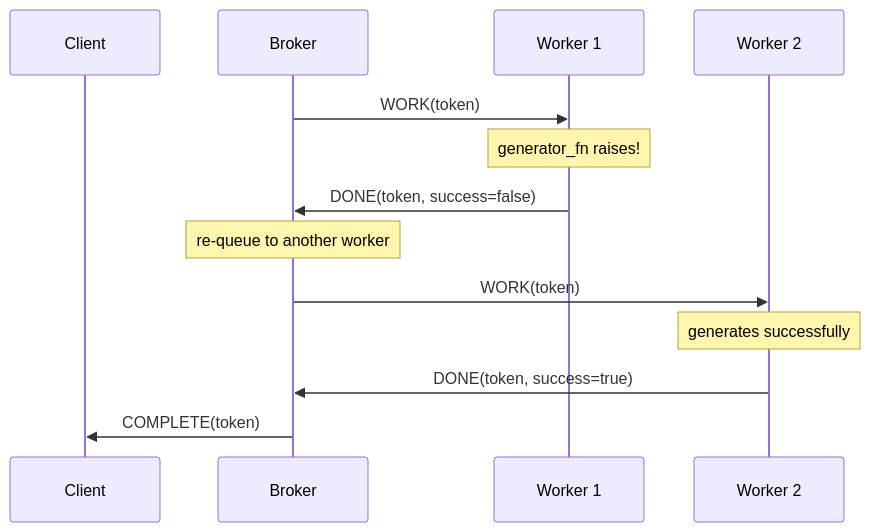
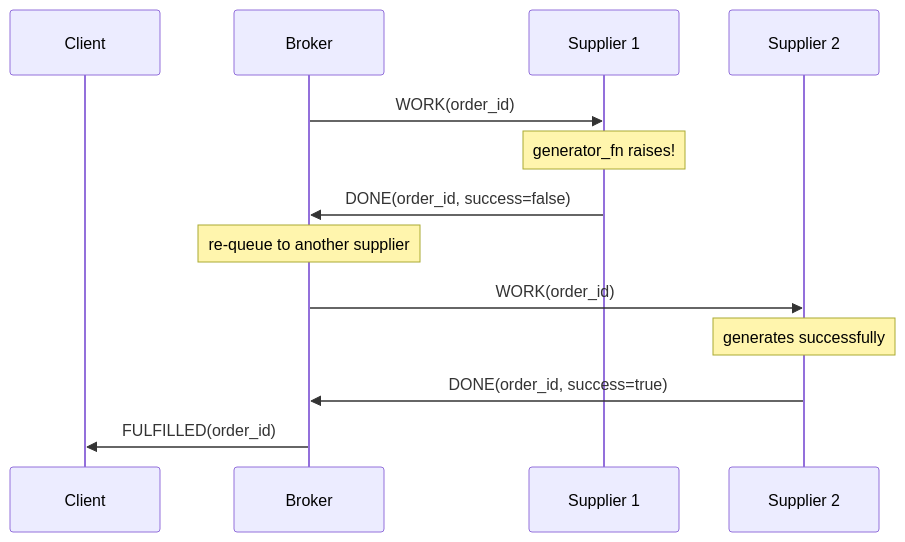
The fourth of 5 diagrams in docs/source/architecture.rst (ayghri/softs), drawn with Mermaid before and after one commit. The commit also changed other lines of this file and 191 other files, not shown here.

```diff
--- a/docs/source/architecture.rst
+++ b/docs/source/architecture.rst
@@ -101,16 +141,16 @@
 .. mermaid::
 
    sequenceDiagram
        participant C as Client
        participant B as Broker
-       participant W1 as Worker 1
-       participant W2 as Worker 2
+       participant S1 as Supplier 1
+       participant S2 as Supplier 2
 
-       B->>W1: WORK(token)
-       Note over W1: generator_fn raises!
-       W1->>B: DONE(token, success=false)
-       Note over B: re-queue to another worker
-       B->>W2: WORK(token)
-       Note over W2: generates successfully
-       W2->>B: DONE(token, success=true)
-       B->>C: COMPLETE(token)
+       B->>S1: WORK(order_id)
+       Note over S1: generator_fn raises!
+       S1->>B: DONE(order_id, success=false)
+       Note over B: re-queue to another supplier
+       B->>S2: WORK(order_id)
+       Note over S2: generates successfully
+       S2->>B: DONE(order_id, success=true)
+       B->>C: FULFILLED(order_id)
```
